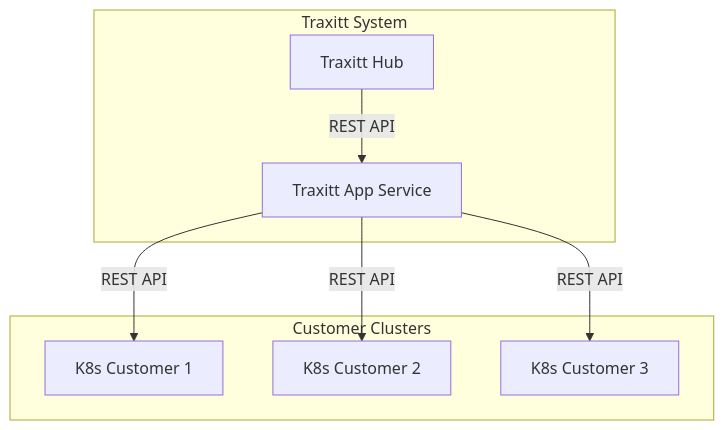
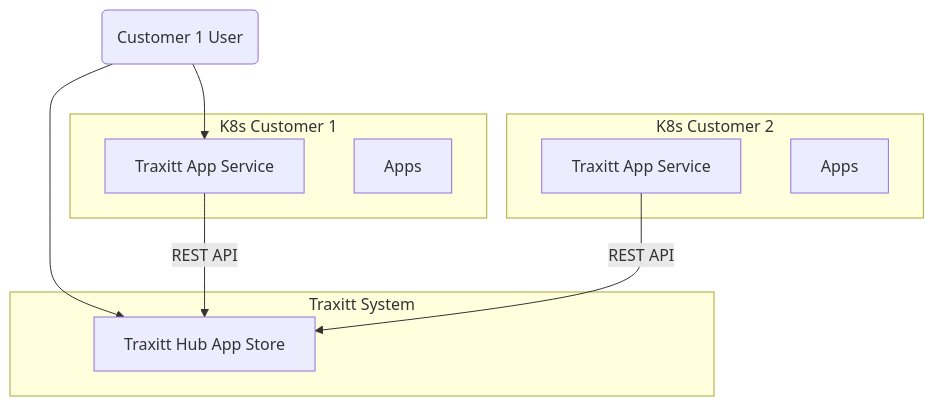
One commit to c6o/docs changed the diagram in content/app-service.md. Above: the diagram before and after it, drawn with Mermaid. The commit also changed other lines of this file, not shown here.

Commit message:
TAS runs in clusters client of Hub as an App store

````diff
--- a/content/app-service.md
+++ b/content/app-service.md
@@ -26,16 +25,20 @@
 ```mermaid
 graph TB
+    user(Customer 1 User)
     subgraph Traxitt System
-       th[Traxitt Hub]
-       tas[Traxitt App Service]
+       hub[Traxitt Hub App Store]
     end
-    th--REST API-->tas
-    tas--REST API-->k8s1
-    tas--REST API-->k8s2
-    tas--REST API-->k8s3
-    subgraph Customer Clusters
-       k8s1[K8s Customer 1]
-       k8s2[K8s Customer 2]
-       k8s3[K8s Customer 3]
+    user-->tas1
+    user-->hub
+    tas1--REST API-->hub
+    tas2--REST API-->hub
+    subgraph K8s Customer 1
+        tas1[Traxitt App Service]
+        apps[Apps]
+    end
+    subgraph K8s Customer 2
+        tas2[Traxitt App Service]
+        apps2[Apps]
+
     end
 ```
````
